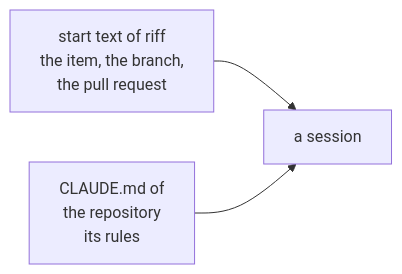
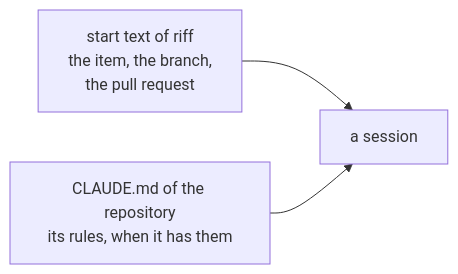
Before and after one commit to como-technologies/riff: the fifth of 5 diagrams in docs/src/start-a-riff.md, drawn with Mermaid. The commit also changed other lines of this file and 7 other files, not shown here.

First line of the commit message:
riff init checks no CLAUDE.md, and the start texts send a session to the rules of the repository for agents when it has them (#1436)

````diff
--- a/docs/src/start-a-riff.md
+++ b/docs/src/start-a-riff.md
@@ -684,5 +685,5 @@
 ```mermaid
 flowchart LR
     S["start text of riff<br/>the item, the branch,<br/>the pull request"] --> A["a session"]
-    C["CLAUDE.md of<br/>the repository<br/>its rules"] --> A
+    C["CLAUDE.md of the repository<br/>its rules, when it has them"] --> A
 ```
````
